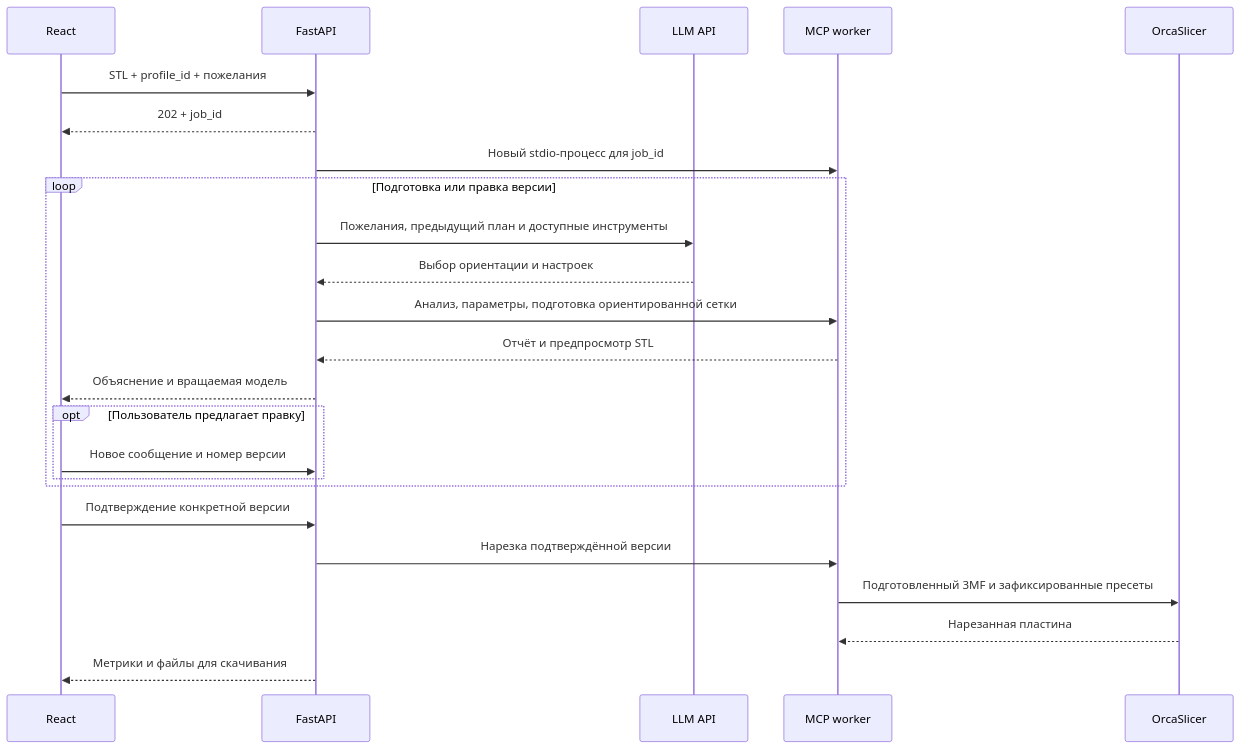
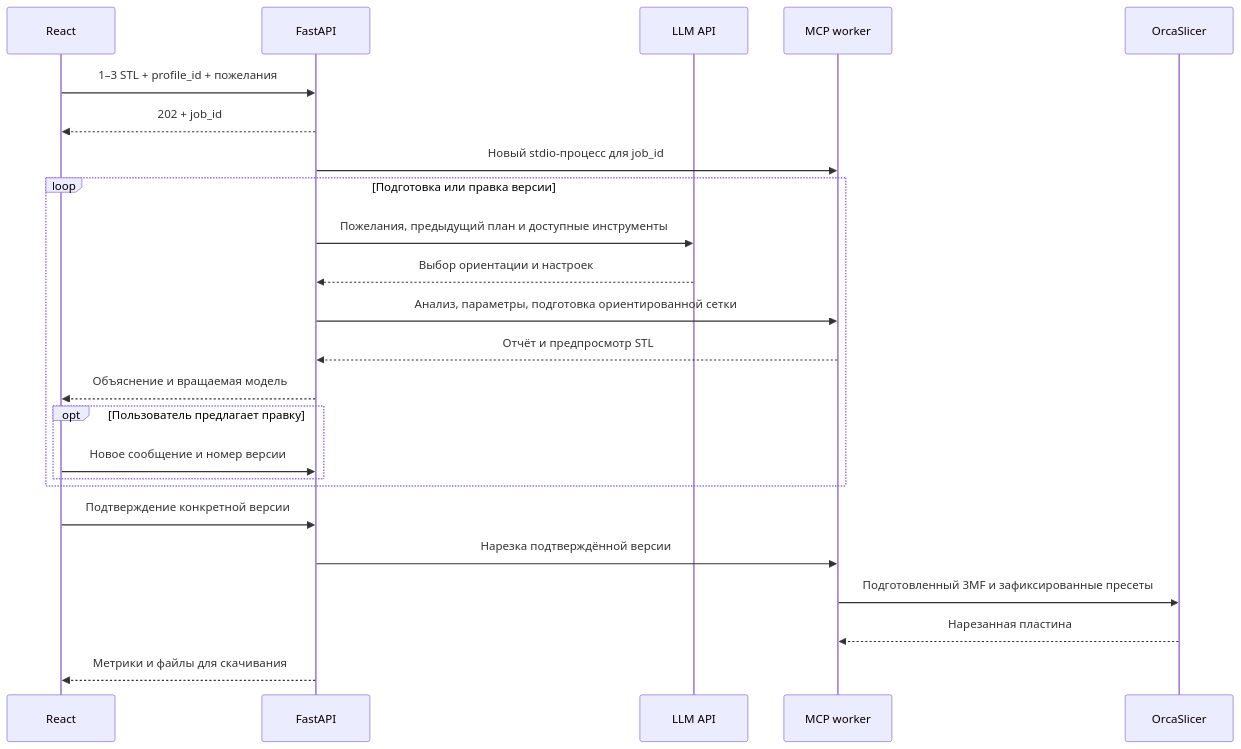
One commit to DedZet/AI-Slice changed the diagram in src/manual.md. Above: the diagram before and after it, drawn with Mermaid. The commit also changed other lines of this file and 11 other files, not shown here.

````diff
--- a/src/manual.md
+++ b/src/manual.md
@@ -33,26 +34,26 @@
 ```mermaid
 sequenceDiagram
     participant R as React
     participant F as FastAPI
     participant L as LLM API
     participant M as MCP worker
     participant O as OrcaSlicer
-    R->>F: STL + profile_id + пожелания
+    R->>F: 1–3 STL + profile_id + пожелания
     F-->>R: 202 + job_id
     F->>M: Новый stdio-процесс для job_id
     loop Подготовка или правка версии
         F->>L: Пожелания, предыдущий план и доступные инструменты
         L-->>F: Выбор ориентации и настроек
         F->>M: Анализ, параметры, подготовка ориентированной сетки
         M-->>F: Отчёт и предпросмотр STL
         F-->>R: Объяснение и вращаемая модель
         opt Пользователь предлагает правку
             R->>F: Новое сообщение и номер версии
         end
     end
     R->>F: Подтверждение конкретной версии
     F->>M: Нарезка подтверждённой версии
     M->>O: Подготовленный 3MF и зафиксированные пресеты
     O-->>M: Нарезанная пластина
     F-->>R: Метрики и файлы для скачивания
 ```
````
